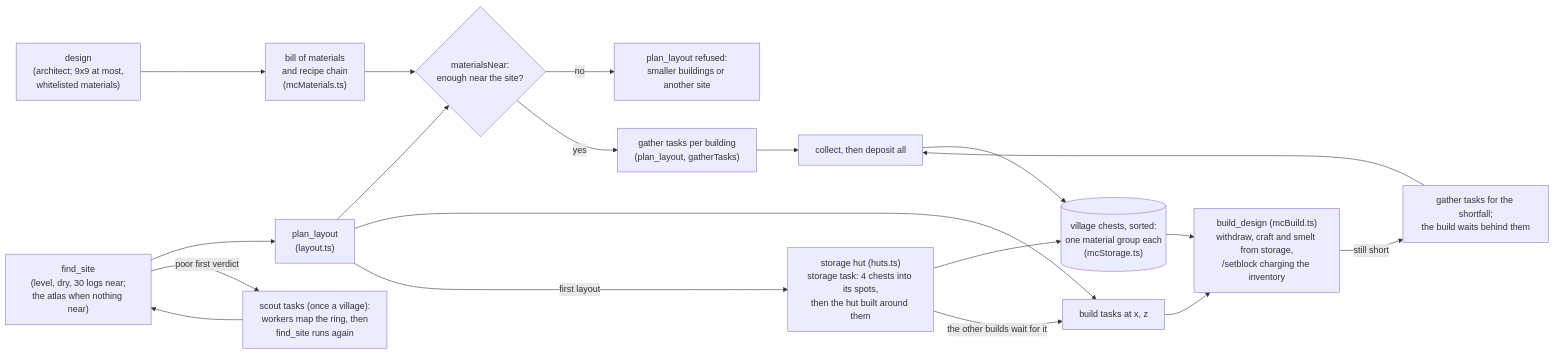
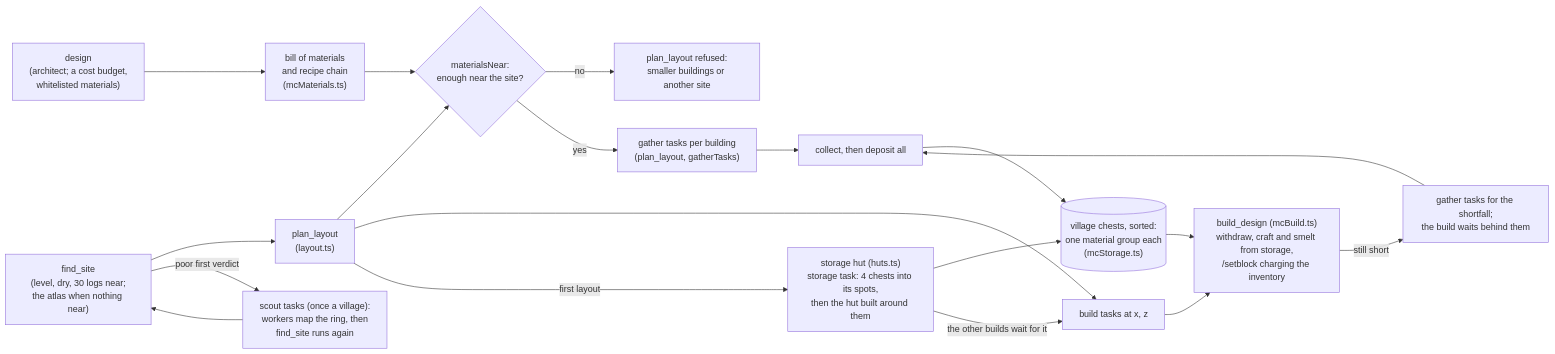
Diagram 12 of 13 in docs/ARCHITECTURE.md (delphium226/MCAISandbox), drawn with Mermaid before and after one commit. The commit also changed other lines of this file and 3 other files, not shown here.

````diff
--- a/docs/ARCHITECTURE.md
+++ b/docs/ARCHITECTURE.md
@@ -553,20 +568,20 @@
 ```mermaid
 flowchart LR
   site["find_site<br/>(level, dry, 30 logs near;<br/>the atlas when nothing near)"] --> layout
   site -- "poor first verdict" --> scout["scout tasks (once a village):<br/>workers map the ring, then<br/>find_site runs again"] --> site
-  design["design<br/>(architect; 9x9 at most,<br/>whitelisted materials)"] --> bom["bill of materials<br/>and recipe chain<br/>(mcMaterials.ts)"]
+  design["design<br/>(architect; a cost budget,<br/>whitelisted materials)"] --> bom["bill of materials<br/>and recipe chain<br/>(mcMaterials.ts)"]
   bom --> near{"materialsNear:<br/>enough near the site?"}
   near -- no --> refuse["plan_layout refused:<br/>smaller buildings or another site"]
   near -- yes --> tasks["gather tasks per building<br/>(plan_layout, gatherTasks)"]
   layout["plan_layout<br/>(layout.ts)"] --> near
   layout --> buildtask["build tasks at x, z"]
   tasks --> collect["collect, then deposit all"]
   collect --> storage[("village chests, sorted:<br/>one material group each<br/>(mcStorage.ts)")]
   layout -- "first layout" --> hut["storage hut (huts.ts)<br/>storage task: 4 chests into its spots,<br/>then the hut built around them"]
   hut --> storage
   hut -- "the other builds wait for it" --> buildtask
   storage --> build["build_design (mcBuild.ts)<br/>withdraw, craft and smelt from storage,<br/>/setblock charging the inventory"]
   buildtask --> build
   build -- "still short" --> requeue["gather tasks for the shortfall;<br/>the build waits behind them"]
   requeue --> collect
 ```
````
